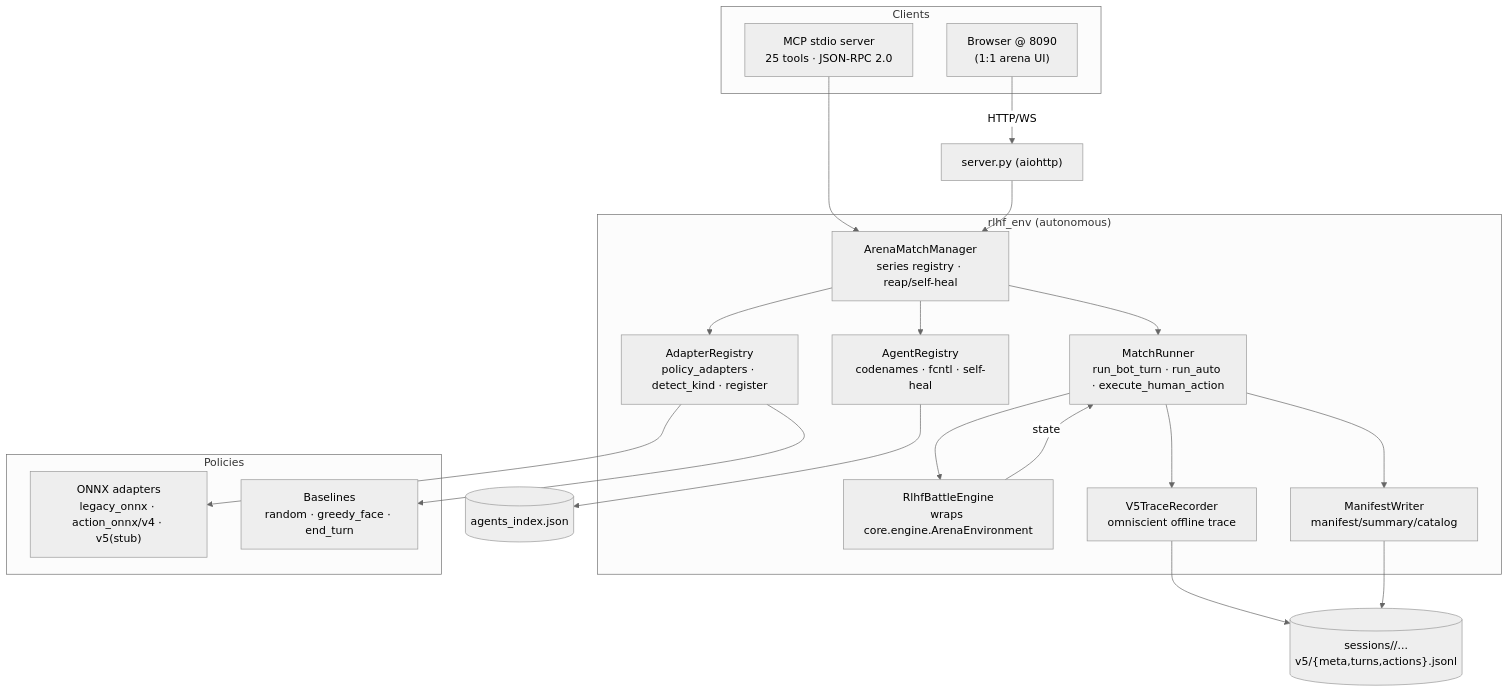
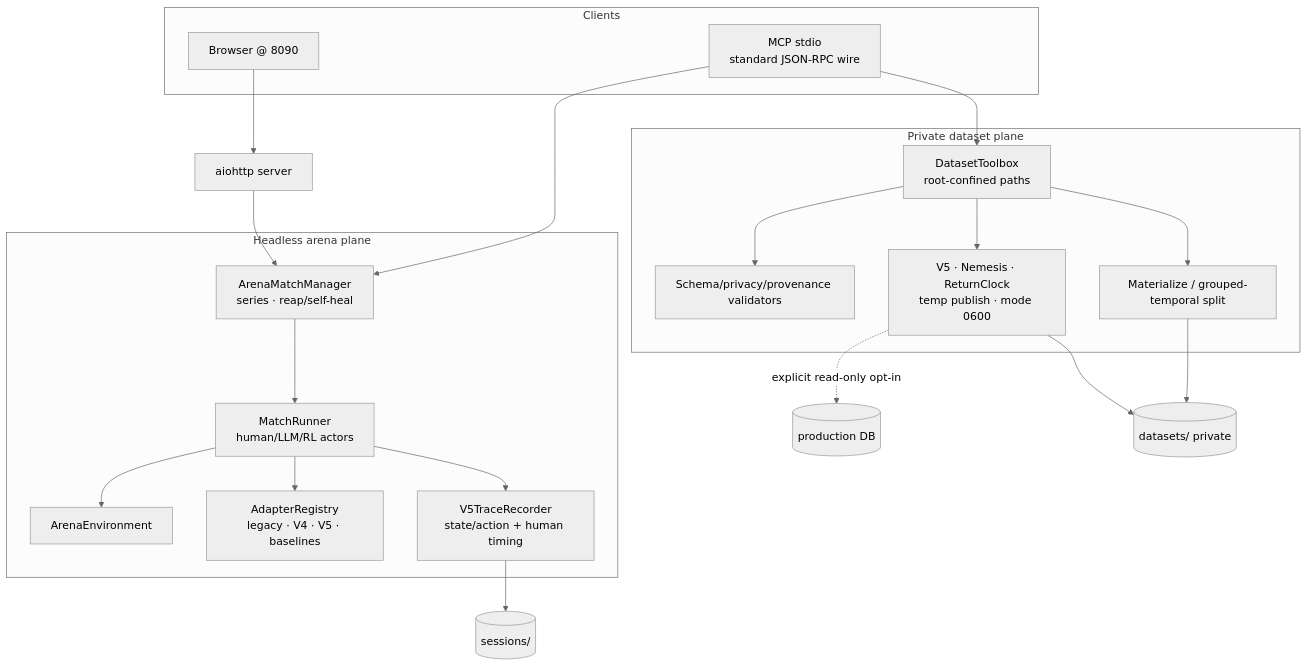
Before and after one commit to veceno/extraarena: the diagram in docs/RLHF_ENV.md, drawn with Mermaid (neutral theme). The commit also changed other lines of this file and 78 other files, not shown here.

Commit message:
feat(rlhf): add V5 training data plane

````diff
--- a/docs/RLHF_ENV.md
+++ b/docs/RLHF_ENV.md
@@ -19,38 +26,36 @@
 ```mermaid
 flowchart TD
   subgraph clients["Clients"]
-    WEB["Browser @ 8090<br/>(1:1 arena UI)"]
-    MCP["MCP stdio server<br/>25 tools · JSON-RPC 2.0"]
+    WEB["Browser @ 8090"]
+    MCP["MCP stdio<br/>standard JSON-RPC wire"]
   end
 
-  subgraph env["rlhf_env (autonomous)"]
-    MGR["ArenaMatchManager<br/>series registry · reap/self-heal"]
-    RUN["MatchRunner<br/>run_bot_turn · run_auto · execute_human_action"]
-    ENG["RlhfBattleEngine<br/>wraps core.engine.ArenaEnvironment"]
-    AR["AgentRegistry<br/>codenames · fcntl · self-heal"]
-    ADAP["AdapterRegistry<br/>policy_adapters · detect_kind · register"]
-    V5["V5TraceRecorder<br/>omniscient offline trace"]
-    MAN["ManifestWriter<br/>manifest/summary/catalog"]
+  subgraph arena["Headless arena plane"]
+    MGR["ArenaMatchManager<br/>series · reap/self-heal"]
+    RUN["MatchRunner<br/>human/LLM/RL actors"]
+    ENG["ArenaEnvironment"]
+    ADAP["AdapterRegistry<br/>legacy · V4 · V5 · baselines"]
+    TRACE["V5TraceRecorder<br/>state/action + human timing"]
   end
 
-  subgraph models["Policies"]
-    ONNX["ONNX adapters<br/>legacy_onnx · action_onnx/v4 · v5(stub)"]
-    BASE["Baselines<br/>random · greedy_face · end_turn"]
+  subgraph data["Private dataset plane"]
+    BOX["DatasetToolbox<br/>root-confined paths"]
+    CHECK["Schema/privacy/provenance validators"]
+    EXPORT["V5 · Nemesis · ReturnClock<br/>temp publish · mode 0600"]
+    SPLIT["Materialize / grouped-temporal split"]
   end
 
-  WEB -->|HTTP/WS| SRV["server.py (aiohttp)"]
+  WEB --> SRV["aiohttp server"] --> MGR
   MCP --> MGR
-  SRV --> MGR
   MGR --> RUN --> ENG
-  MGR --> AR
-  MGR --> ADAP
-  ADAP --> ONNX
-  ADAP --> BASE
-  RUN --> V5
-  RUN --> MAN
-  ENG -->|state| RUN
+  RUN --> ADAP
+  RUN --> TRACE --> SESS[("sessions/")]
 
-  V5 --> DISK[("sessions/<group>/...<br/>v5/{meta,turns,actions}.jsonl")]
-  MAN --> DISK
-  AR --> DISK2[("agents_index.json")]
+  MCP --> BOX
+  BOX --> CHECK
+  BOX --> EXPORT
+  BOX --> SPLIT
+  EXPORT -. "explicit read-only opt-in" .-> DB[("production DB")]
+  EXPORT --> DATASETS[("datasets/ private")]
+  SPLIT --> DATASETS
 ```
````
